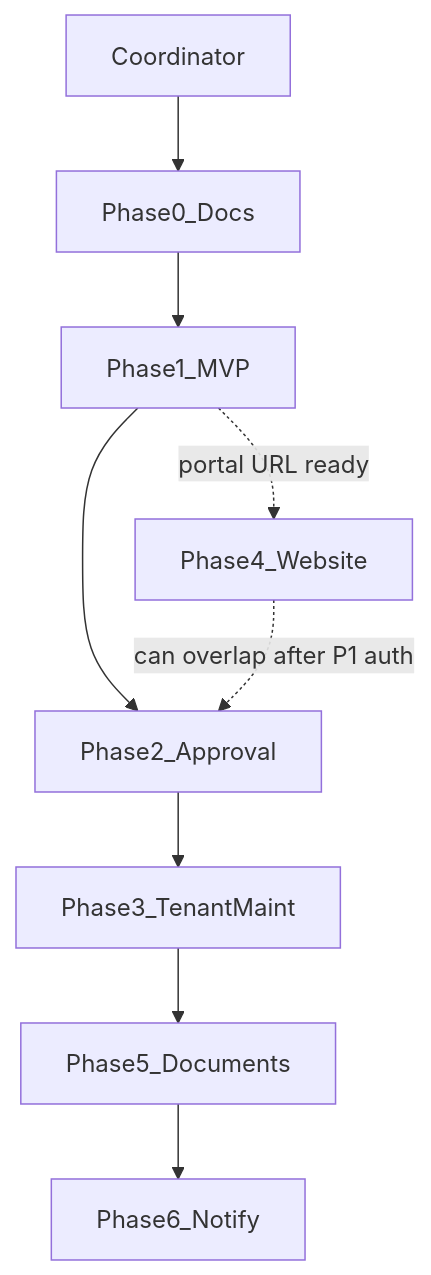
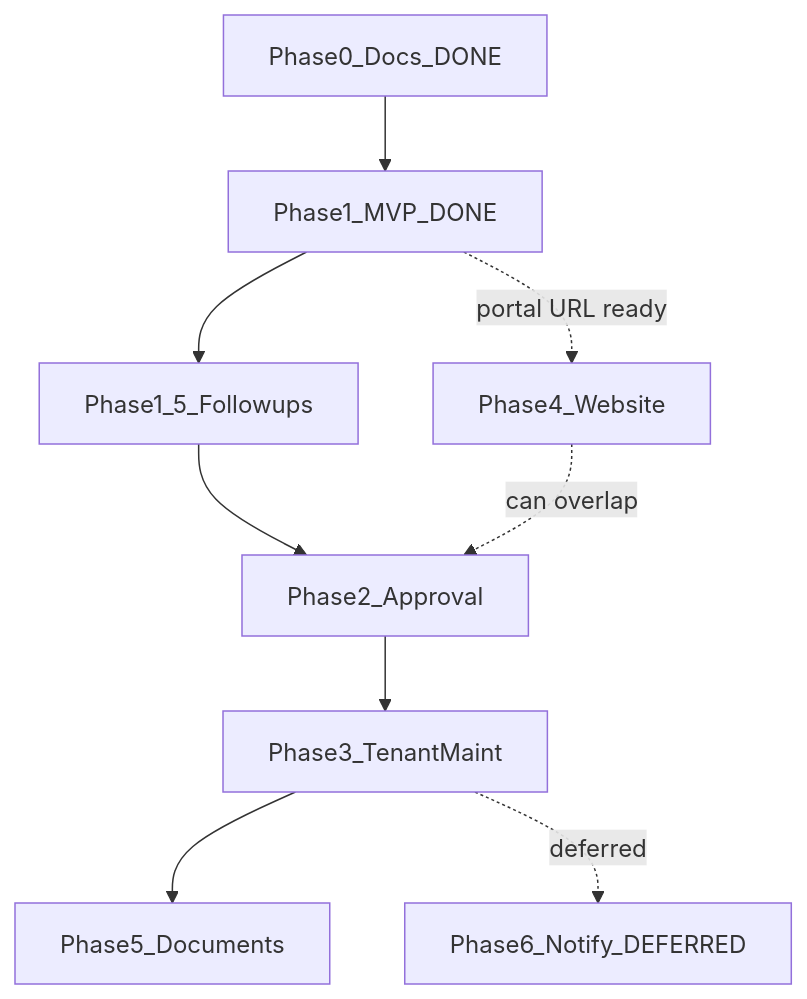
The diagram in docs/IMPLEMENTATION_PLAN.md (CharmZoned/Maintenance-App-Portal), drawn with Mermaid before and after one commit. The commit also changed other lines of this file and 6 other files, not shown here.

First line of the commit message:
Revise implementation plan after Phase 0–1

````diff
--- a/docs/IMPLEMENTATION_PLAN.md
+++ b/docs/IMPLEMENTATION_PLAN.md
@@ -67,15 +19,15 @@
 ```mermaid
 flowchart TB
-  Coord[Coordinator]
-  P0[Phase0_Docs]
-  P1[Phase1_MVP]
+  P0[Phase0_Docs_DONE]
+  P1[Phase1_MVP_DONE]
+  P15[Phase1_5_Followups]
   P2[Phase2_Approval]
   P3[Phase3_TenantMaint]
   P4[Phase4_Website]
   P5[Phase5_Documents]
-  P6[Phase6_Notify]
-  Coord --> P0 --> P1 --> P2 --> P3
+  P6[Phase6_Notify_DEFERRED]
+  P0 --> P1 --> P15 --> P2 --> P3 --> P5
   P1 -.->|portal URL ready| P4
-  P3 --> P5 --> P6
-  P4 -.->|can overlap after P1 auth| P2
+  P4 -.->|can overlap| P2
+  P3 -.->|deferred| P6
 ```
````
